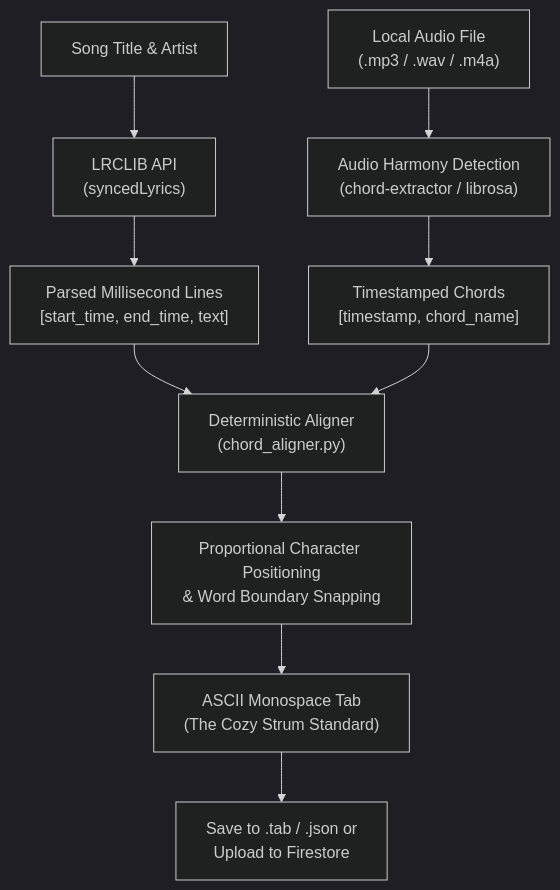
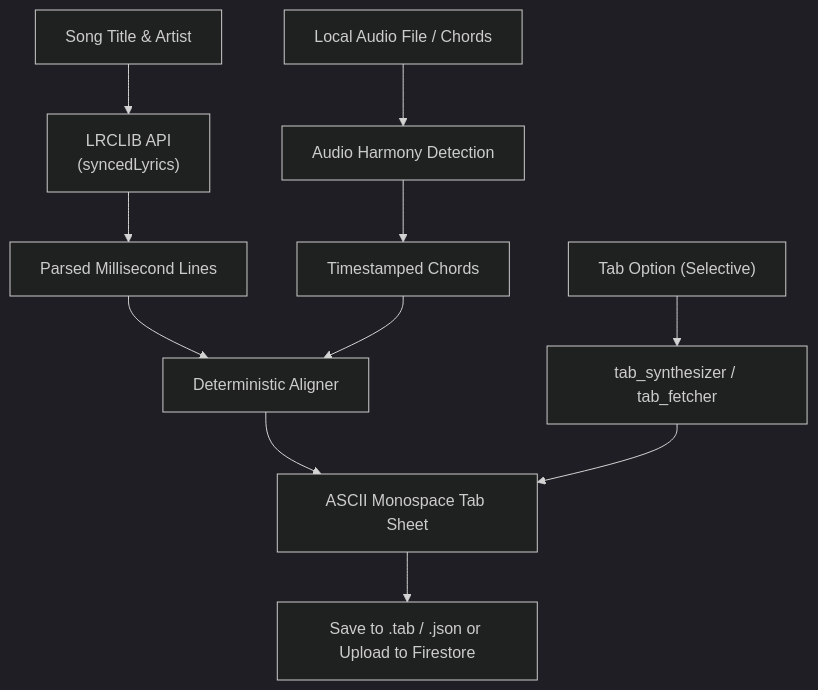
The diagram in tools/chord-sync/README.md (FortunateSpy5/the-cozy-strum), drawn with Mermaid (dark theme) before and after one commit. The commit also changed other lines of this file and 8 other files, not shown here.

Commit message:
feat(chord-sync): selective ASCII tab engine, Blackbird intro tab, and LRCLIB title normalization

````diff
--- a/tools/chord-sync/README.md
+++ b/tools/chord-sync/README.md
@@ -20,11 +14,11 @@
 ```mermaid
 flowchart TD
     A["Song Title & Artist"] --> B["LRCLIB API\n(syncedLyrics)"]
-    C["Local Audio File\n(.mp3 / .wav / .m4a)"] --> D["Audio Harmony Detection\n(chord-extractor / librosa)"]
-    B --> E["Parsed Millisecond Lines\n[start_time, end_time, text]"]
-    D --> F["Timestamped Chords\n[timestamp, chord_name]"]
-    E & F --> G["Deterministic Aligner\n(chord_aligner.py)"]
-    G --> H["Proportional Character Positioning\n& Word Boundary Snapping"]
-    H --> I["ASCII Monospace Tab\n(The Cozy Strum Standard)"]
-    I --> J["Save to .tab / .json or\nUpload to Firestore"]
+    C["Local Audio File / Chords"] --> D["Audio Harmony Detection"]
+    B --> E["Parsed Millisecond Lines"]
+    D --> F["Timestamped Chords"]
+    E & F --> G["Deterministic Aligner"]
+    H["Tab Option (Selective)"] --> I["tab_synthesizer / tab_fetcher"]
+    G & I --> J["ASCII Monospace Tab Sheet"]
+    J --> K["Save to .tab / .json or Upload to Firestore"]
 ```
````
